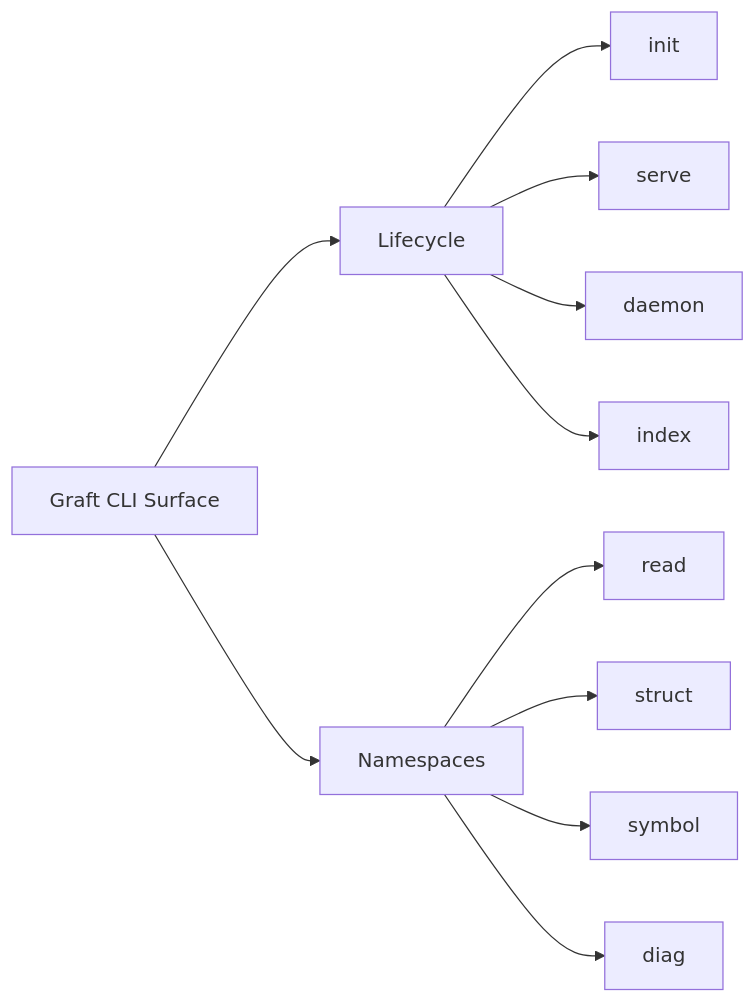
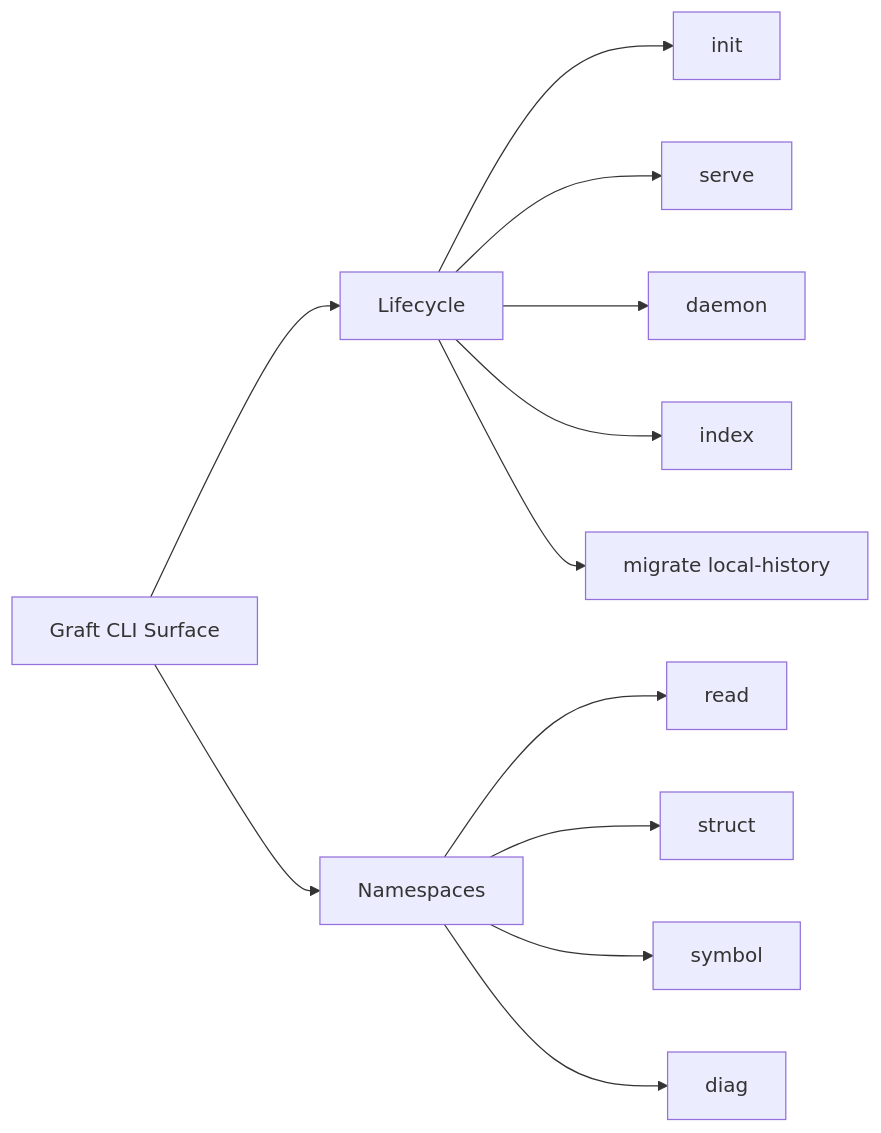
Before and after one commit to flyingrobots/graft: the diagram in docs/CLI.md, drawn with Mermaid. The commit also changed other lines of this file and 14 other files, not shown here.

Commit message:
feat(warp): migrate local history to graph-only storage

````diff
--- a/docs/CLI.md
+++ b/docs/CLI.md
@@ -5,13 +5,14 @@
 ```mermaid
 flowchart LR
     A[Graft CLI Surface] --> B[Lifecycle]
     A --> C[Namespaces]
     B --> B1[init]
     B --> B2[serve]
     B --> B3[daemon]
     B --> B4[index]
+    B --> B5[migrate local-history]
     C --> C1[read]
     C --> C2[struct]
     C --> C3[symbol]
     C --> C4[diag]
 ```
````
